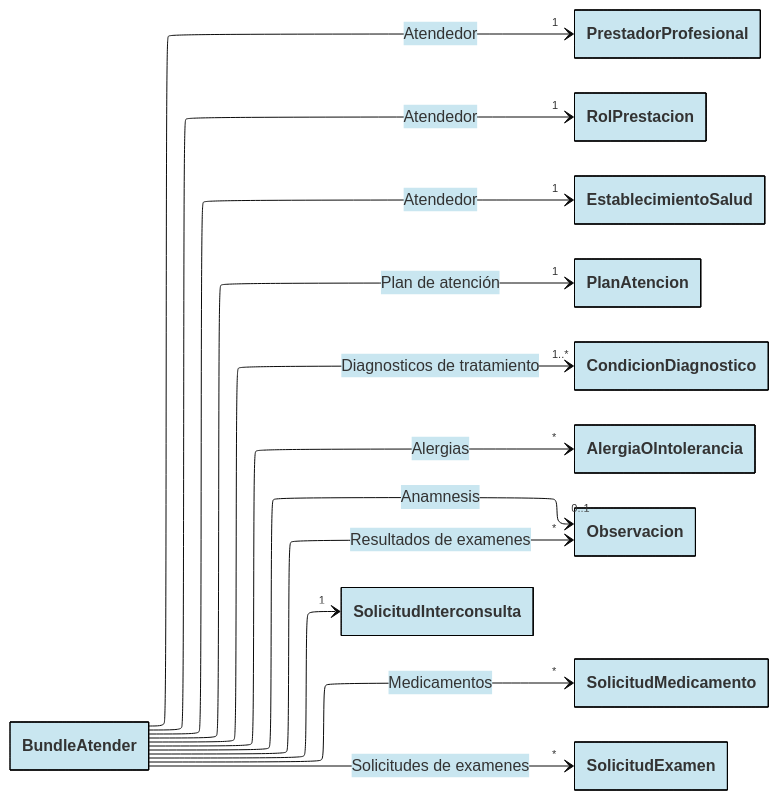
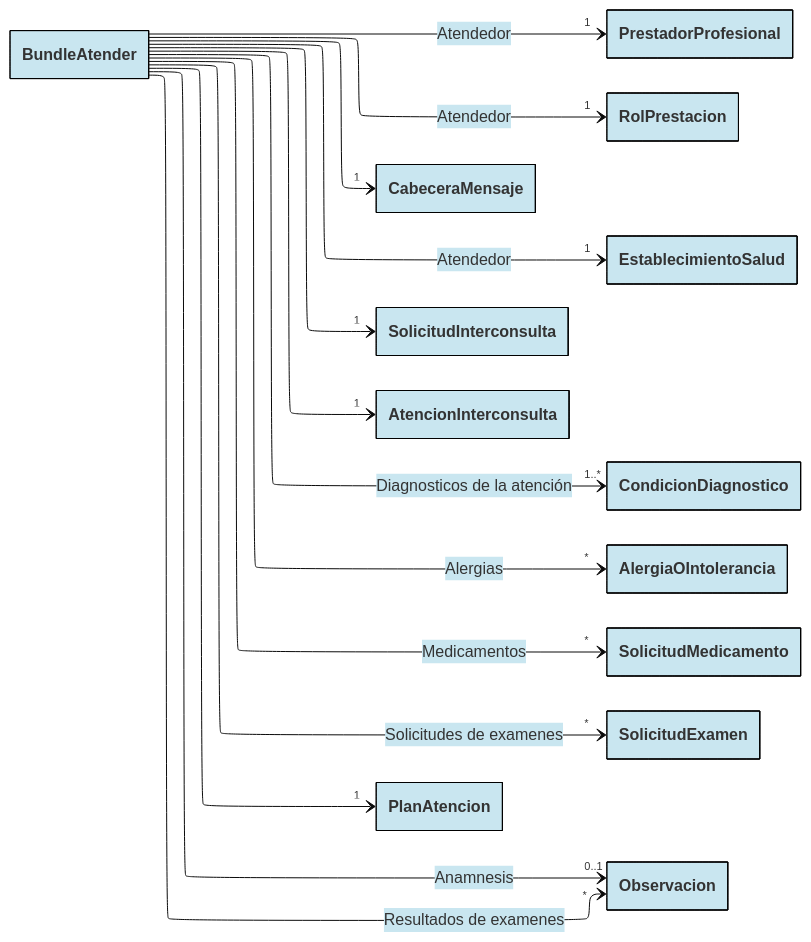
The diagram in docs/bundles/6.BundleAtender.mmd (chris-f23/diagramas-fhir-tei), drawn with Mermaid before and after one commit. The commit also changed 8 other files, not shown here.

```diff
--- a/docs/bundles/6.BundleAtender.mmd
+++ b/docs/bundles/6.BundleAtender.mmd
@@ -1,70 +1,74 @@
 ---
 config:
   layout: elk
   theme: base
   class:
     hideEmptyMembersBox: true
   themeVariables:
     primaryBorderColor: "#000000"
     primaryColor: "#C9E6F0"
 ---
 
 classDiagram
 direction LR
 
+BundleAtender --> "1" CabeceraMensaje
+link CabeceraMensaje "https://github.com/chris-f23/diagramas-fhir-tei/blob/main/docs/CabeceraMensaje.mmd"
 
 BundleAtender --> "1" SolicitudInterconsulta
 link SolicitudInterconsulta "https://github.com/chris-f23/diagramas-fhir-tei/blob/main/docs/SolicitudInterconsulta.mmd"
 
 BundleAtender --> "1" PrestadorProfesional: Atendedor
-link Profesional "https://github.com/chris-f23/diagramas-fhir-tei/blob/main/docs/Prestador.mmd"
+link PrestadorProfesional "https://github.com/chris-f23/diagramas-fhir-tei/blob/main/docs/Prestador.mmd"
 
 BundleAtender --> "1" RolPrestacion: Atendedor
 link RolPrestacion "https://github.com/chris-f23/diagramas-fhir-tei/blob/main/docs/RolPrestacion.mmd"
 
 BundleAtender --> "1" EstablecimientoSalud: Atendedor
 link EstablecimientoSalud "https://github.com/chris-f23/diagramas-fhir-tei/blob/main/docs/EstablecimientoSalud.mmd"
 
-BundleAtender --> "1" PlanAtencion: Plan de atención
+BundleAtender --> "1" AtencionInterconsulta
+link AtencionInterconsulta "https://github.com/chris-f23/diagramas-fhir-tei/blob/main/docs/AtencionInterconsulta.mmd"
+
+BundleAtender --> "1..*" CondicionDiagnostico: Diagnosticos de la atención
+link CondicionDiagnostico "https://github.com/chris-f23/diagramas-fhir-tei/blob/main/docs/CondicionDiagnostico.mmd"
+
+BundleAtender --> "1" PlanAtencion
 link PlanAtencion "https://github.com/chris-f23/diagramas-fhir-tei/blob/main/docs/PlanAtencion.mmd" 
-
-BundleAtender --> "1..*" CondicionDiagnostico: Diagnosticos de tratamiento
-link CondicionDiagnostico "https://github.com/chris-f23/diagramas-fhir-tei/blob/main/docs/CondicionDiagnostico.mmd"
 
 BundleAtender --> "*" AlergiaOIntolerancia: Alergias
 link AlergiaOIntolerancia "https://github.com/chris-f23/diagramas-fhir-tei/blob/main/docs/AlergiaOIntolerancia.mmd"
 
-BundleAtender --> "*" Observacion: Resultados de examenes
-link Observacion "https://github.com/chris-f23/diagramas-fhir-tei/blob/main/docs/Observacion.mmd"
 
 
 BundleAtender --> "*" SolicitudMedicamento: Medicamentos
 link SolicitudMedicamento "https://github.com/chris-f23/diagramas-fhir-tei/blob/main/docs/SolicitudMedicamento.mmd"
 
 BundleAtender --> "*" SolicitudExamen: Solicitudes de examenes
 link SolicitudExamen "https://github.com/chris-f23/diagramas-fhir-tei/blob/main/docs/SolicitudExamen.mmd"
 
+BundleAtender --> "*" Observacion: Resultados de examenes
 BundleAtender --> "0..1" Observacion: Anamnesis
-
+link Observacion "https://github.com/chris-f23/diagramas-fhir-tei/blob/main/docs/Observacion.mmd"
 
 %% RolPrestacion ..> "1" EstablecimientoSalud
 %% RolPrestacion ..> "1" Profesional
 
 %% SolicitudInterconsulta ..> "1" Paciente: Subject
 %% SolicitudInterconsulta ..> "0..1" AtencionInicial: Encounter
 %% SolicitudInterconsulta ..> "0..1" RolPrestacion: Requester
 
 
 %% AtencionInicial ..> "1" Paciente: Subject
 %% AtencionInicial ..> "1" CondicionDiagnostico: Diagnostico de inicio
 
 
 
 %% SolicitudInterconsulta ..> "0..1" CondicionDiagnostico: Diagnostico de inicio
 %% SolicitudInterconsulta ..> "*" AlergiaOIntolerancia: Alergias
 %% SolicitudInterconsulta ..> "0..1" Observacion: Indice de comorbilidad
 %% SolicitudInterconsulta ..> "0..1" Observacion: Es cuidador
 %% SolicitudInterconsulta ..> "0..1" Observacion: Tiene discapacidad
 %% SolicitudInterconsulta ..> "0..1" MotivoDerivacion: Motivo de derivación
 %% SolicitudInterconsulta ..> "*" SolicitudExamen: Solicitudes de examenes
 %% SolicitudInterconsulta ..> "*" Observacion: Resultados de examenes
```
